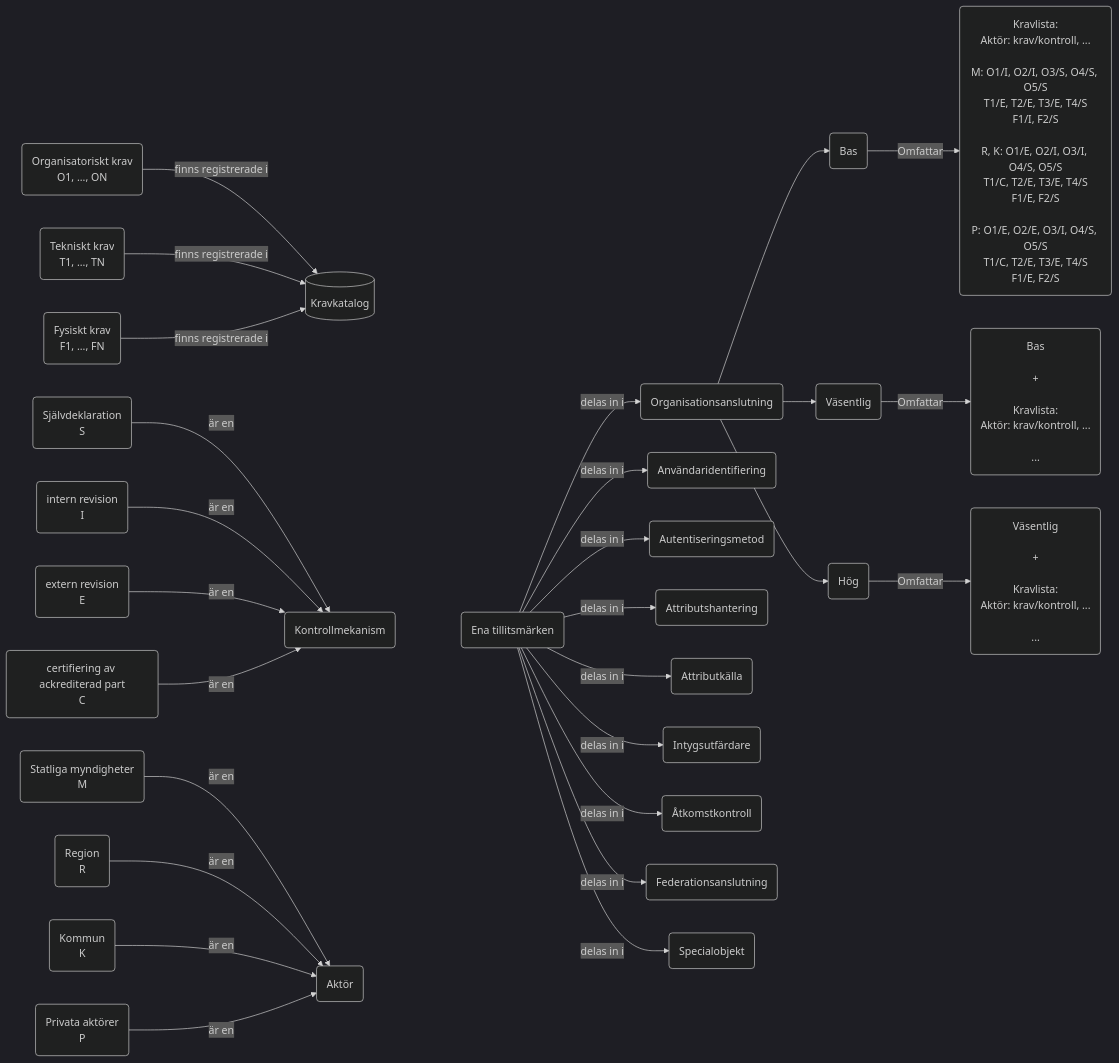
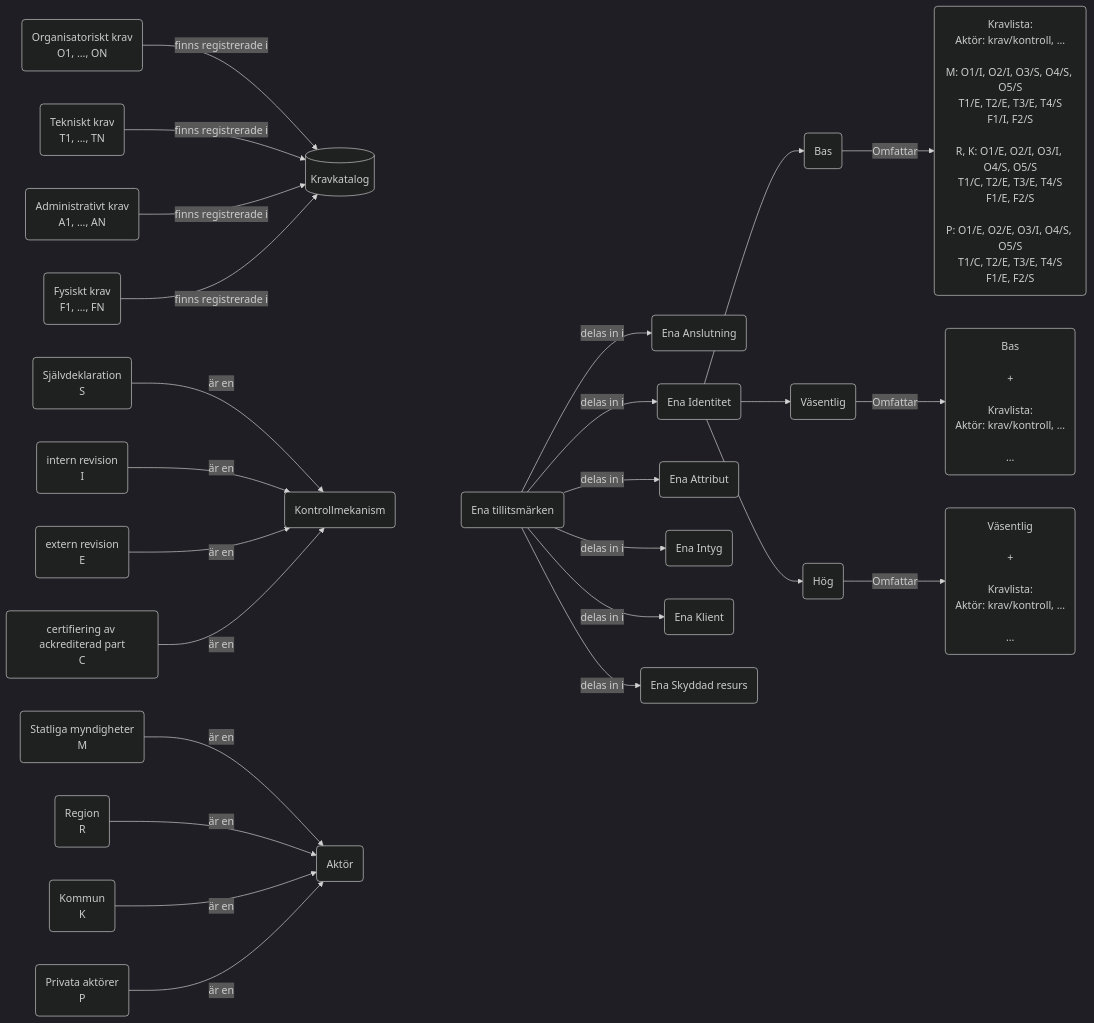
Before and after one commit to diggsweden/ena-authorization: the second of 2 diagrams in tillitsmodell/arkitekturell_modell.md, drawn with Mermaid (dark theme). The commit also changed other lines of this file, not shown here.

Commit message:
Kompletterat med en datamodell som tydligare beskriver den tänkta tillitsmodellen

````diff
--- a/tillitsmodell/arkitekturell_modell.md
+++ b/tillitsmodell/arkitekturell_modell.md
@@ -9,61 +33,49 @@
 ```mermaid
 graph LR
 
 %% ---- KRAV ---- %%
 ok(Organisatoriskt krav<br>O1, ..., ON)
 tk(Tekniskt krav<br>T1, ..., TN)
+ak(Administrativt krav<br>A1, ..., AN)
 fk(Fysiskt krav<br>F1, ..., FN)
 kk[(Kravkatalog)]
-ok & tk & fk --finns registrerade i -->kk
+ok & tk & ak & fk --finns registrerade i -->kk
 
 %% ---- EFTERLEVNADSKONTROLL ---- %%
 elk(Kontrollmekanism)
 sr(Självdeklaration<br>S)
 ir(intern revision<br>I)
 er(extern revision<br>E)
 ar(certifiering av ackrediterad part<br>C)
 sr & ir & er & ar --är en -->elk
 
 %% ---- AKTÖRER ---- %%
 a(Aktör)
 m(Statliga myndigheter<br>M)
 r(Region<br>R)
 k(Kommun<br>K)
 p(Privata aktörer<br>P)
 m & r & k & p --är en-->a
 
-%% ---- FUNKTIONSOBJEKT ---- %%
-etoa(Organisationsanslutning)
-etai(Användaridentifiering)
-etam(Autentiseringsmetod)
-etah(Attributshantering)
-etak(Attributkälla)
-etiu(Intygsutfärdare)
-etåk(Åtkomstkontroll)
-etfa(Federationsanslutning)
-etso(Specialobjekt)
-
-et --delas in i-->etai & etam & etah & etak & etiu & etåk & etfa & etoa & etso
-%% ---- %%
-
 %% ---- TILLITSMÄRKEN ---- %%
 et(Ena tillitsmärken)
-%%etid(Ena tillitsmärken identitet)
-%%etb(Ena tillitsmärken behörighet)
-%%etc(Ena tillitsmärken klienter)
-%%etas(Ena tillitsmärke åtkomstintygsutfärdare)
-%%etsr(Ena tillitsmärken skyddade resurser)
-%%tid-hög(Tillitsmärke Identitet HÖG)
-%%tid-väs(Tillitsmärke Identitet VÄSENTLIG)
+eta(Ena Anslutning)
+etid(Ena Identitet)
+etattr(Ena Attribut)
+eti(Ena Intyg)
+etc(Ena Klient)
+etsr(Ena Skyddad resurs)
+tid-hög(Tillitsmärke Identitet HÖG)
+tid-väs(Tillitsmärke Identitet VÄSENTLIG)
 
-etoa-->tid-bas(Bas) & tid-väs(Väsentlig) & tid-hög(Hög) 
-%%et--delas in i-->etid & etb & etc & etas & etsr
+etid-->tid-bas(Bas) & tid-väs(Väsentlig) & tid-hög(Hög) 
+et--delas in i-->eta & etid & etattr & eti & etc &  etsr
 
 tid-bas --Omfattar-->kid-bas(Kravlista:<br>Aktör: krav/kontroll, ...<br><br>M: O1/I, O2/I, O3/S, O4/S, O5/S<br>T1/E, T2/E, T3/E, T4/S<br>F1/I, F2/S<br><br>R, K: O1/E, O2/I, O3/I, O4/S, O5/S<br>T1/C, T2/E, T3/E, T4/S<br>F1/E, F2/S<br><br>P: O1/E, O2/E, O3/I, O4/S, O5/S<br>T1/C, T2/E, T3/E, T4/S<br>F1/E, F2/S<br>)
 
 tid-väs --Omfattar-->kid-väs(Bas<br><br>+<br><br>Kravlista:<br>Aktör: krav/kontroll, ...<br><br>...)
 
 tid-hög --Omfattar-->kid-hög(Väsentlig<br><br>+<br><br>Kravlista:<br>Aktör: krav/kontroll, ...<br><br>...)
 
 elk~~~~et
 ```
````
